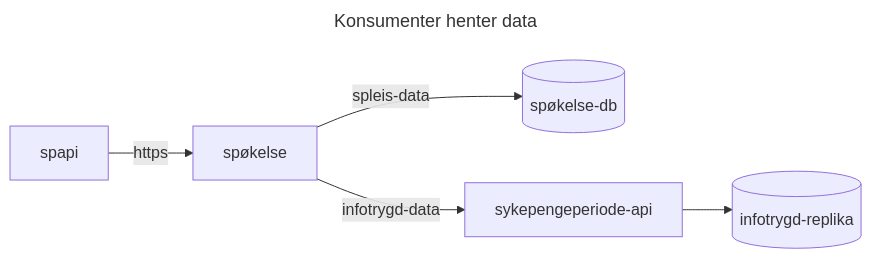
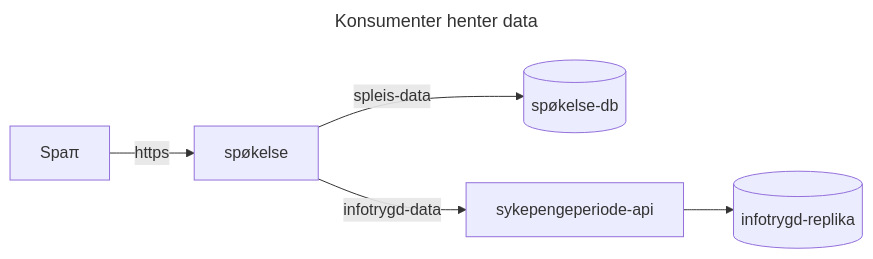
The first of 4 diagrams in README.md (navikt/helse-spapi), drawn with Mermaid before and after one commit. The commit also changed other lines of this file and 1 other file, not shown here.

````diff
--- a/README.md
+++ b/README.md
@@ -9,9 +9,9 @@
 ```mermaid
 ---
 title: Konsumenter henter data
 ---
 flowchart LR
-    spapi -->|https| spøkelse
+    Spaπ -->|https| spøkelse
     spøkelse -->|spleis-data| kafka[(spøkelse-db)]
     spøkelse -->|infotrygd-data| sykepengeperiode-api --> infotrygd[(infotrygd-replika)]
 ```
````
